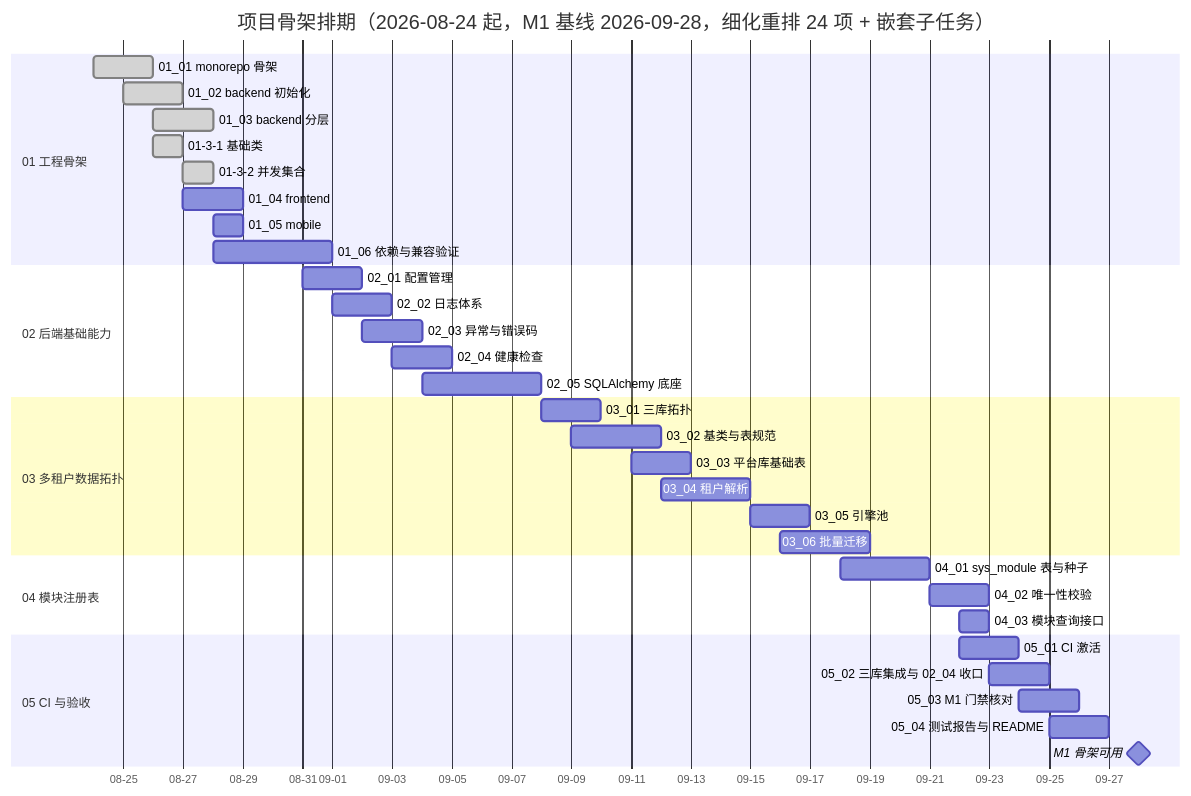
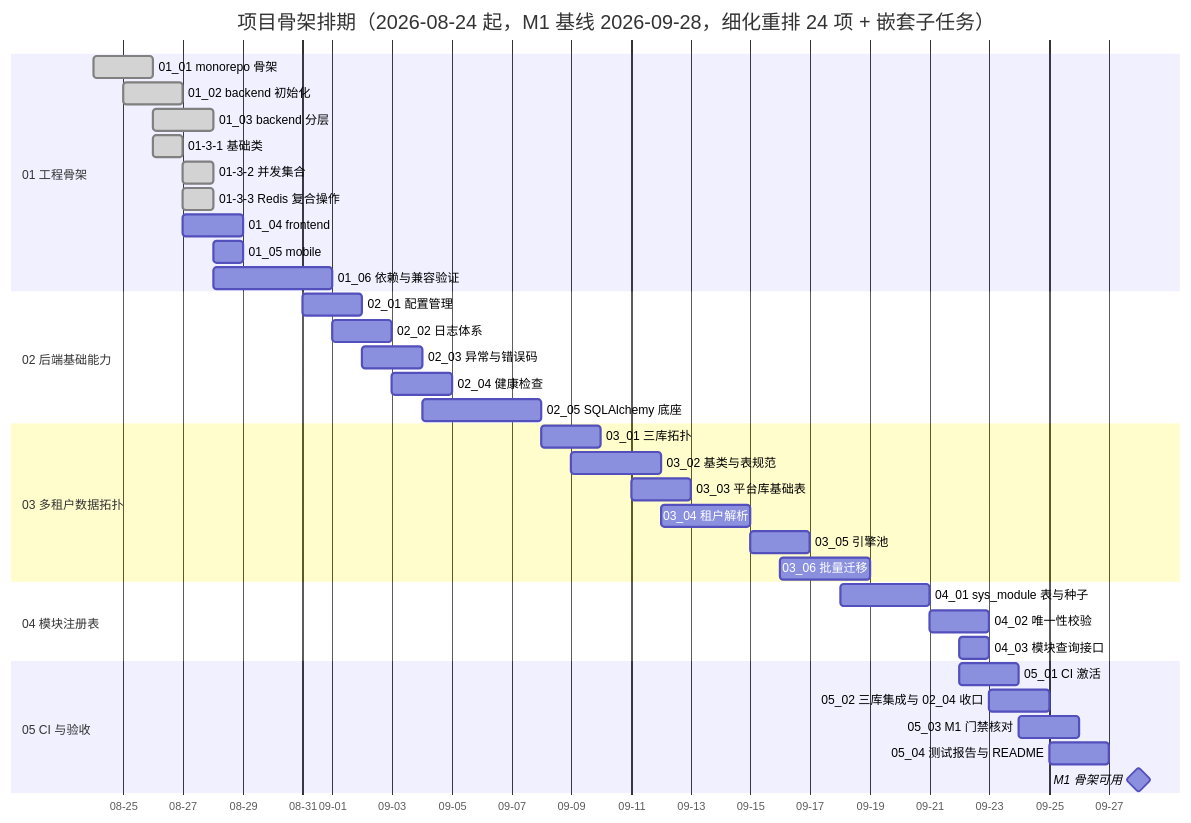
One commit to minjian123/basic-management-system changed the diagram in bms文档/项目/01_项目骨架/计划/01_计划_项目骨架.md. Above: the diagram before and after it, drawn with Mermaid. The commit also changed other lines of this file and 13 other files, not shown here.

````diff
--- a/bms文档/项目/01_项目骨架/计划/01_计划_项目骨架.md
+++ b/bms文档/项目/01_项目骨架/计划/01_计划_项目骨架.md
@@ -59,38 +59,39 @@
 ```mermaid
 gantt
     title 项目骨架排期（2026-08-24 起，M1 基线 2026-09-28，细化重排 24 项 + 嵌套子任务）
     dateFormat YYYY-MM-DD
     axisFormat %m-%d
     section 01 工程骨架
     01_01 monorepo 骨架 :done, a11, 2026-08-24, 2d
     01_02 backend 初始化 :done, a12, 2026-08-25, 2d
     01_03 backend 分层 :done, a13, 2026-08-26, 2d
     01-3-1 基础类 :done, a131, 2026-08-26, 1d
     01-3-2 并发集合 :done, a132, 2026-08-27, 1d
+    01-3-3 Redis 复合操作 :done, a133, 2026-08-27, 1d
     01_04 frontend :a14, 2026-08-27, 2d
     01_05 mobile :a15, 2026-08-28, 1d
     01_06 依赖与兼容验证 :a16, 2026-08-28, 4d
     section 02 后端基础能力
     02_01 配置管理 :a21, 2026-08-31, 2d
     02_02 日志体系 :a22, 2026-09-01, 2d
     02_03 异常与错误码 :a23, 2026-09-02, 2d
     02_04 健康检查 :a24, 2026-09-03, 2d
     02_05 SQLAlchemy 底座 :a25, 2026-09-04, 4d
     section 03 多租户数据拓扑
     03_01 三库拓扑 :a31, 2026-09-08, 2d
     03_02 基类与表规范 :a32, 2026-09-09, 3d
     03_03 平台库基础表 :a33, 2026-09-11, 2d
     03_04 租户解析 :a34, 2026-09-12, 3d
     03_05 引擎池 :a35, 2026-09-15, 2d
     03_06 批量迁移 :a36, 2026-09-16, 3d
     section 04 模块注册表
     04_01 sys_module 表与种子 :a41, 2026-09-18, 3d
     04_02 唯一性校验 :a42, 2026-09-21, 2d
     04_03 模块查询接口 :a43, 2026-09-22, 1d
     section 05 CI 与验收
     05_01 CI 激活 :a51, 2026-09-22, 2d
     05_02 三库集成与 02_04 收口 :a52, 2026-09-23, 2d
     05_03 M1 门禁核对 :a53, 2026-09-24, 2d
     05_04 测试报告与 README :a54, 2026-09-25, 2d
     M1 骨架可用 :milestone, m1, 2026-09-28, 0d
 ```
````
